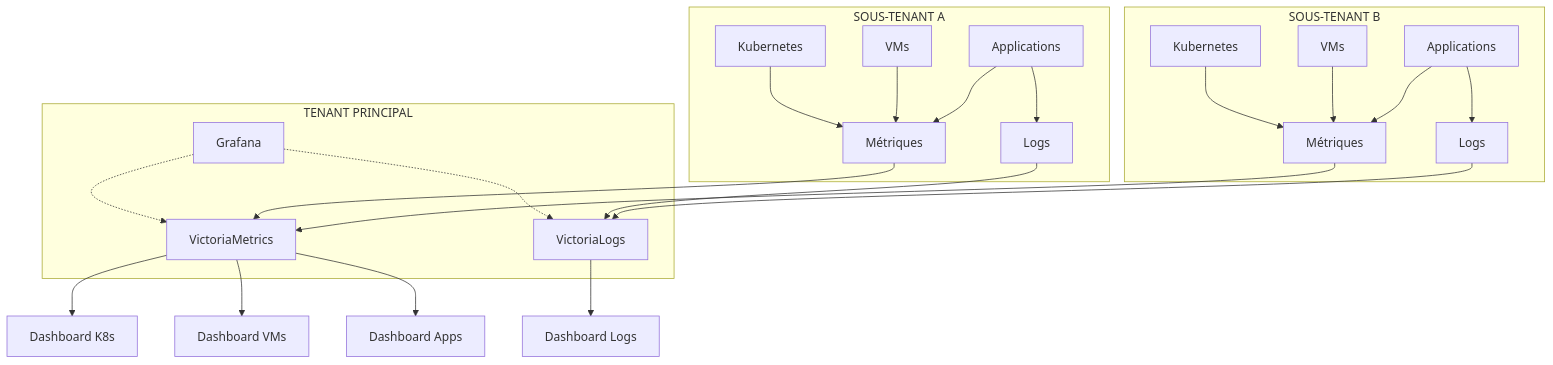
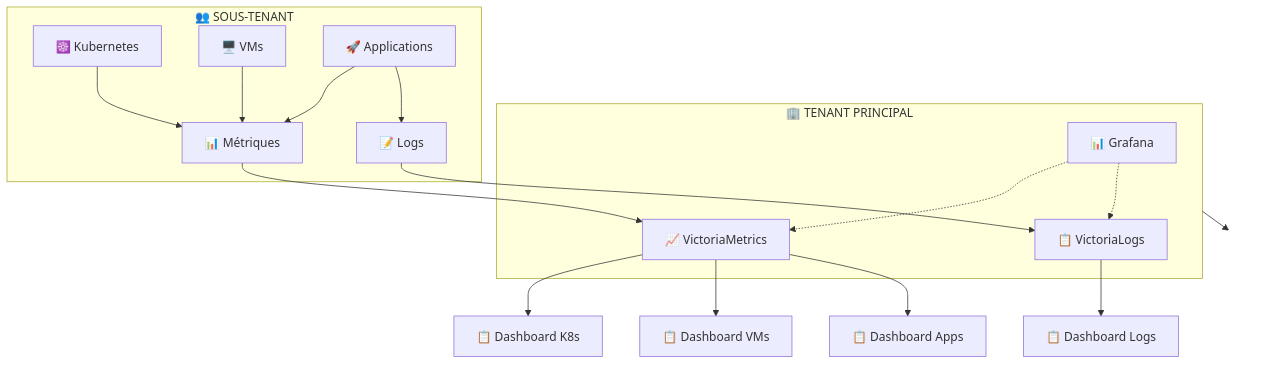
Before and after one commit to HidoraSwiss/hikube-public-doc: the third of 3 diagrams in versioned_docs/version-2.0/getting-started/concepts.md, drawn with Mermaid. The commit also changed other lines of this file, not shown here.

````diff
--- a/versioned_docs/version-2.0/getting-started/concepts.md
+++ b/versioned_docs/version-2.0/getting-started/concepts.md
@@ -167,43 +162,35 @@
 ```mermaid
-graph TB
-    subgraph "TENANT PRINCIPAL"
-        G[Grafana]
-        VM[VictoriaMetrics]
-        VL[VictoriaLogs]
-        
-        G -.-> VM
-        G -.-> VL
+flowchart TD
+    subgraph TENANT["🏢 TENANT PRINCIPAL"]
+        G[📊 Grafana]
+        VM[📈 VictoriaMetrics]
+        VL[📋 VictoriaLogs]
     end
     
-    subgraph "SOUS-TENANT A"
-        K8S_A[Kubernetes]
-        VM_A[VMs]
-        APP_A[Applications]
-        
-        K8S_A --> M_A[Métriques]
-        VM_A --> M_A
-        APP_A --> M_A
-        APP_A --> L_A[Logs]
+    TENANT --> SPACER[ ]
+    
+    subgraph SOUS["👥 SOUS-TENANT"]
+        K8S[☸️ Kubernetes]
+        VMS[🖥️ VMs]
+        APP[🚀 Applications]
+        M[📊 Métriques]
+        L[📝 Logs]
     end
     
-    subgraph "SOUS-TENANT B"
-        K8S_B[Kubernetes]
-        VM_B[VMs]
-        APP_B[Applications]
-        
-        K8S_B --> M_B[Métriques]
-        VM_B --> M_B
-        APP_B --> M_B
-        APP_B --> L_B[Logs]
-    end
+    G -.-> VM
+    G -.-> VL
+    K8S --> M
+    VMS --> M
+    APP --> M
+    APP --> L
     
-    M_A --> VM
-    L_A --> VL
-    M_B --> VM
-    L_B --> VL
+    M --> VM
+    L --> VL
     
-    VM --> D1[Dashboard K8s]
-    VM --> D2[Dashboard VMs]
-    VM --> D3[Dashboard Apps]
-    VL --> D4[Dashboard Logs]
+    VM --> D1[📋 Dashboard K8s]
+    VM --> D2[📋 Dashboard VMs] 
+    VM --> D3[📋 Dashboard Apps]
+    VL --> D4[📋 Dashboard Logs]
+    
+    style SPACER fill:transparent,stroke:transparent
 ```
````
